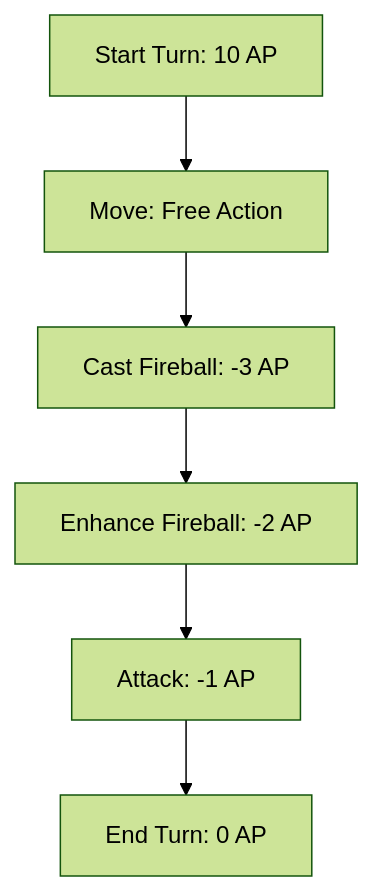
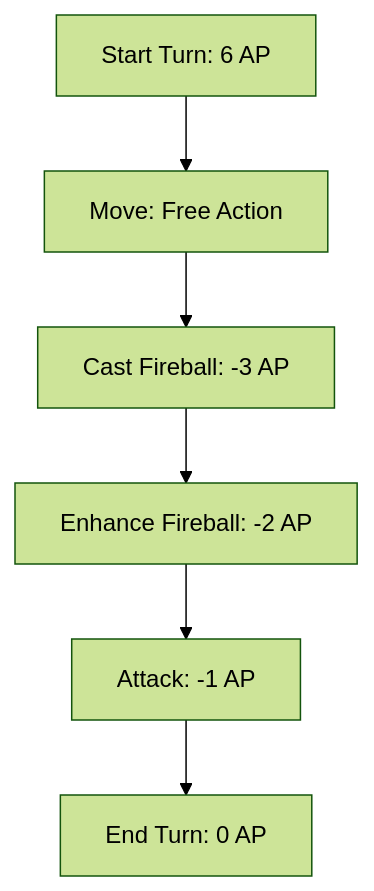
Before and after one commit to PJWaters/Shadowforge: the second of 3 diagrams in ap_system.md, drawn with Mermaid (forest theme).

Commit message:
fix initial ap

````diff
--- a/ap_system.md
+++ b/ap_system.md
@@ -58,8 +58,8 @@
 ```mermaid
 graph TD;
-    A[Start Turn: 10 AP] --> B[Move: Free Action];
+    A[Start Turn: 6 AP] --> B[Move: Free Action];
     B --> C[Cast Fireball: -3 AP];
     C --> D[Enhance Fireball: -2 AP];
     D --> E[Attack: -1 AP];
     E --> F[End Turn: 0 AP];
 ``` 
````
